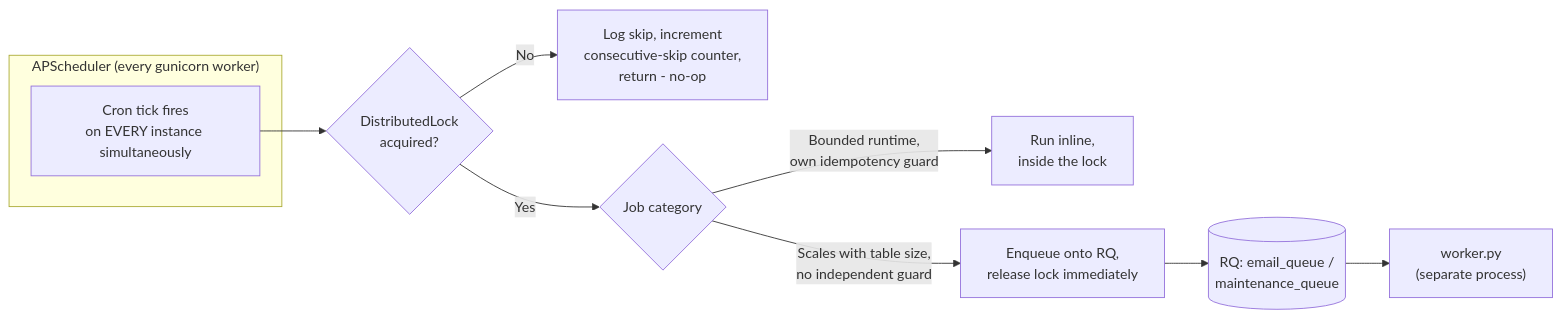
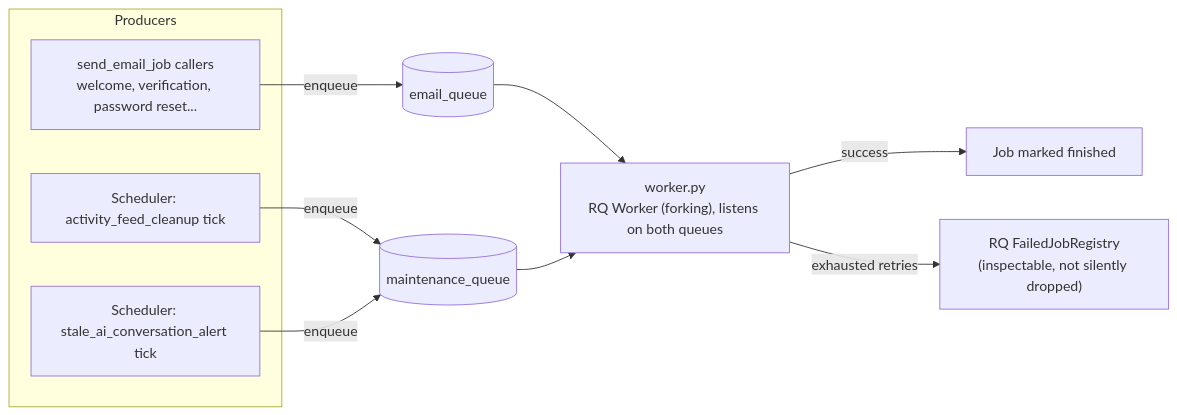
One commit to Devpaul-01/StudyHub changed the third of 4 diagrams in BACKGROUND_JOBS.md. Above: the diagram before and after it, drawn with Mermaid. The commit also changed other lines of this file and 18 other files, not shown here.

````diff
--- a/BACKGROUND_JOBS.md
+++ b/BACKGROUND_JOBS.md
@@ -21,13 +113,15 @@
 ```mermaid
 flowchart LR
-    subgraph Scheduler["APScheduler (every gunicorn worker)"]
-        Tick["Cron tick fires<br/>on EVERY instance simultaneously"]
+    subgraph Producers
+        A[send_email_job callers<br/>welcome, verification, password reset...]
+        B[Scheduler: activity_feed_cleanup tick]
+        C[Scheduler: stale_ai_conversation_alert tick]
     end
-    Tick --> Lock{"DistributedLock<br/>acquired?"}
-    Lock -->|No| Skip["Log skip, increment<br/>consecutive-skip counter,<br/>return - no-op"]
-    Lock -->|Yes| Decide{"Job category"}
-    Decide -->|"Bounded runtime,<br/>own idempotency guard"| Inline["Run inline,<br/>inside the lock"]
-    Decide -->|"Scales with table size,<br/>no independent guard"| Enqueue["Enqueue onto RQ,<br/>release lock immediately"]
-    Enqueue --> Queue[("RQ: email_queue /<br/>maintenance_queue")]
-    Queue --> Worker["worker.py<br/>(separate process)"]
+    A -->|enqueue| EQ[("email_queue")]
+    B -->|enqueue| MQ[("maintenance_queue")]
+    C -->|enqueue| MQ
+    EQ --> WK["worker.py<br/>RQ Worker (forking), listens on both queues"]
+    MQ --> WK
+    WK -->|success| DONE[Job marked finished]
+    WK -->|exhausted retries| FAILED["RQ FailedJobRegistry<br/>(inspectable, not silently dropped)"]
 ```
````
